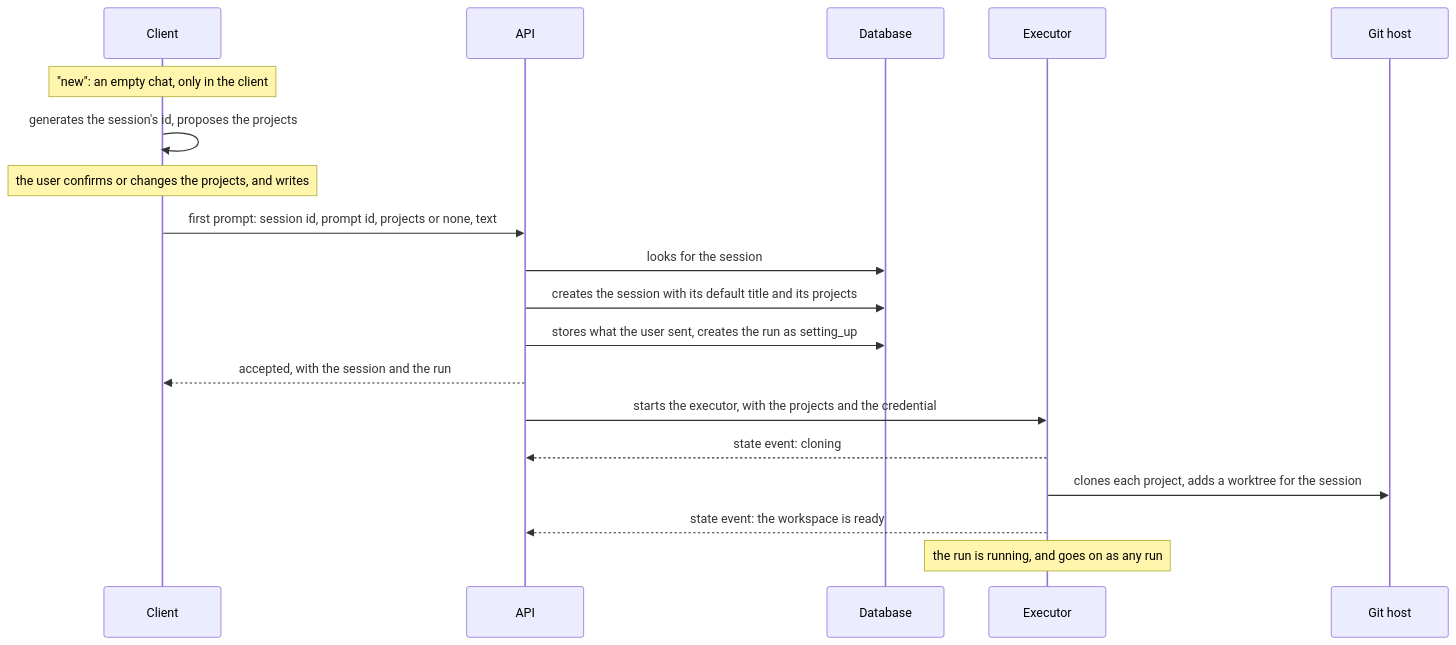
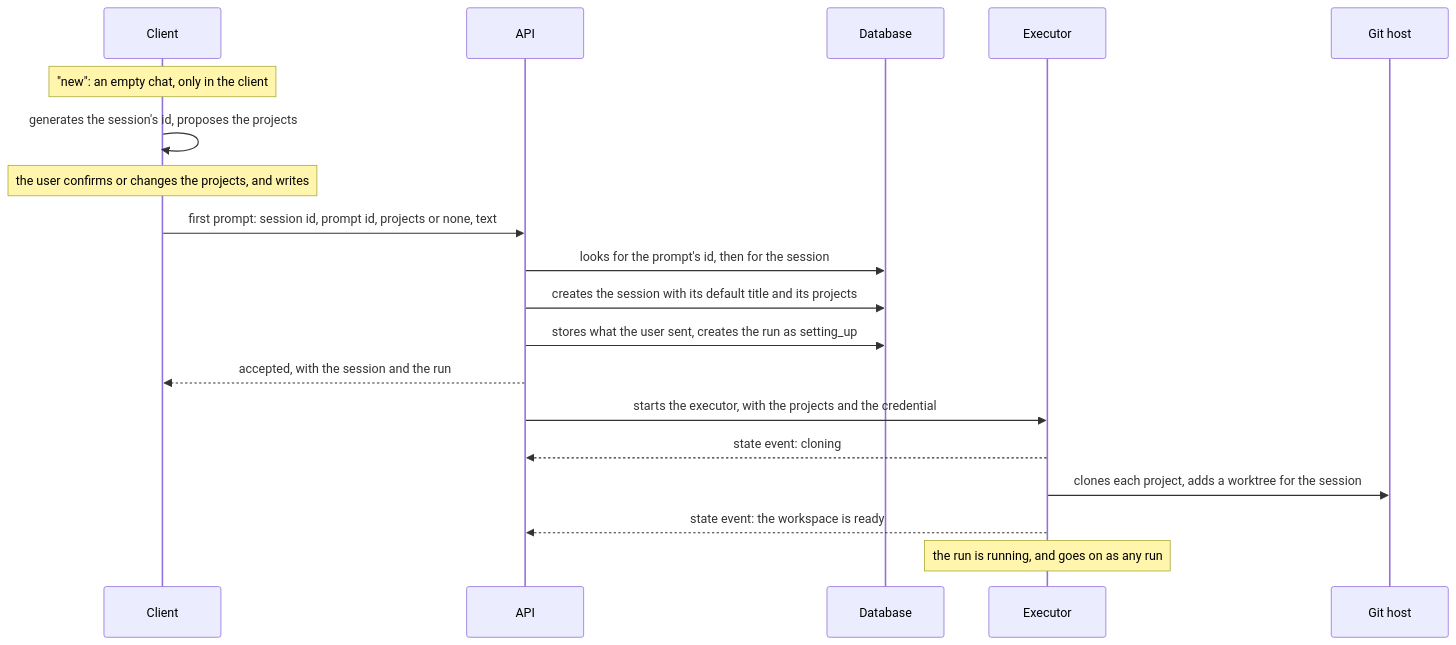
Before and after one commit to Mikode13/harness-docs: the diagram in flows/create-session.md, drawn with Mermaid. The commit also changed other lines of this file and 6 other files, not shown here.

First line of the commit message:
docs: add the flow for changes and pushing, and answer the review of the session flow

````diff
--- a/flows/create-session.md
+++ b/flows/create-session.md
@@ -12,24 +12,24 @@
 ```mermaid
 sequenceDiagram
     participant C as Client
     participant A as API
     participant D as Database
     participant E as Executor
     participant G as Git host
 
     Note over C: "new": an empty chat, only in the client
     C->>C: generates the session's id, proposes the projects
     Note over C: the user confirms or changes the projects, and writes
 
     C->>A: first prompt: session id, prompt id, projects or none, text
-    A->>D: looks for the session
+    A->>D: looks for the prompt's id, then for the session
     A->>D: creates the session with its default title and its projects
     A->>D: stores what the user sent, creates the run as setting_up
     A-->>C: accepted, with the session and the run
 
     A->>E: starts the executor, with the projects and the credential
     E-->>A: state event: cloning
     E->>G: clones each project, adds a worktree for the session
     E-->>A: state event: the workspace is ready
     Note over E: the run is running, and goes on as any run
 ```
````
